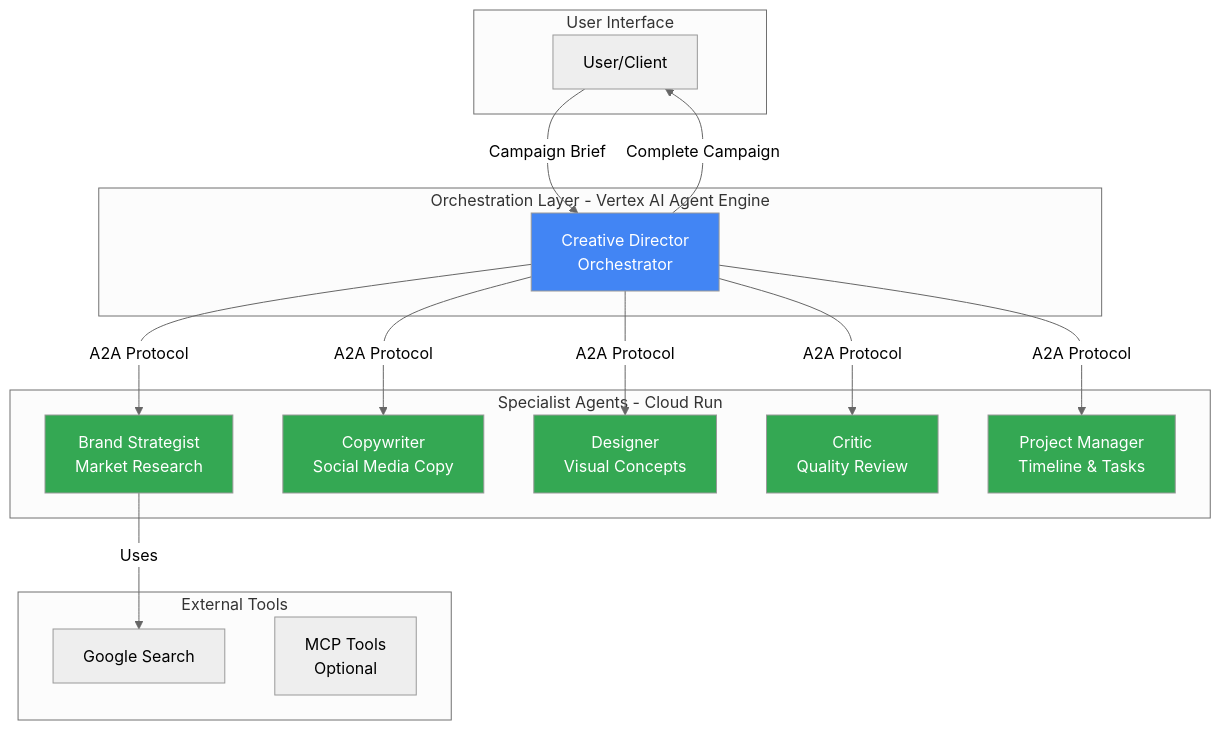
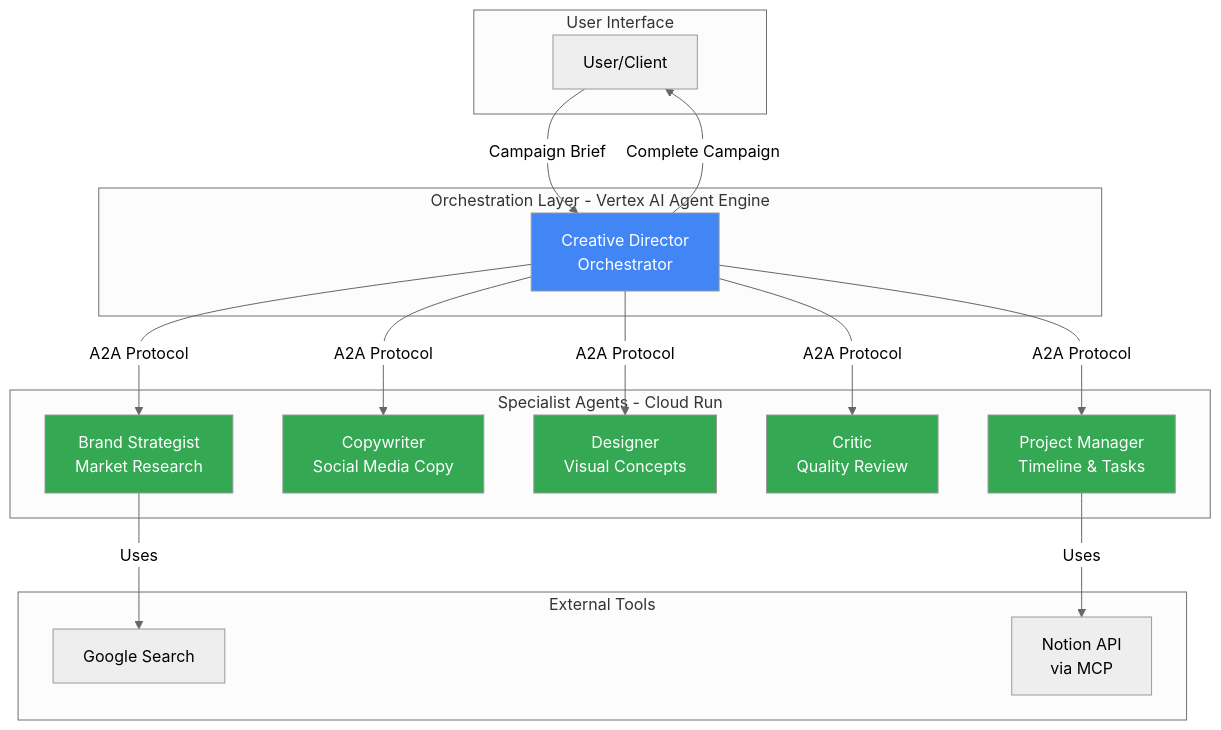
The first of 5 diagrams in README.md (Saoussen-CH/mas-a2a-gcp), drawn with Mermaid (neutral theme) before and after one commit. The commit also changed other lines of this file, not shown here.

````diff
--- a/README.md
+++ b/README.md
@@ -51,41 +53,42 @@
 ```mermaid
 graph TB
     subgraph "User Interface"
         USER[User/Client]
     end
 
     subgraph "Orchestration Layer - Vertex AI Agent Engine"
         CD[Creative Director<br/>Orchestrator]
     end
 
     subgraph "Specialist Agents - Cloud Run"
         BS[Brand Strategist<br/>Market Research]
         CW[Copywriter<br/>Social Media Copy]
         DS[Designer<br/>Visual Concepts]
         CR[Critic<br/>Quality Review]
         PM[Project Manager<br/>Timeline & Tasks]
     end
 
     subgraph "External Tools"
         GS[Google Search]
-        MCP[MCP Tools<br/>Optional]
+        NOTION[Notion API<br/>via MCP]
     end
 
     USER -->|Campaign Brief| CD
     CD -->|A2A Protocol| BS
     CD -->|A2A Protocol| CW
     CD -->|A2A Protocol| DS
     CD -->|A2A Protocol| CR
     CD -->|A2A Protocol| PM
 
     BS -->|Uses| GS
+    PM -->|Uses| NOTION
 
     CD -->|Complete Campaign| USER
 
     style CD fill:#4285f4,color:#fff
     style BS fill:#34a853,color:#fff
     style CW fill:#34a853,color:#fff
     style DS fill:#34a853,color:#fff
     style CR fill:#34a853,color:#fff
     style PM fill:#34a853,color:#fff
 ```
````
